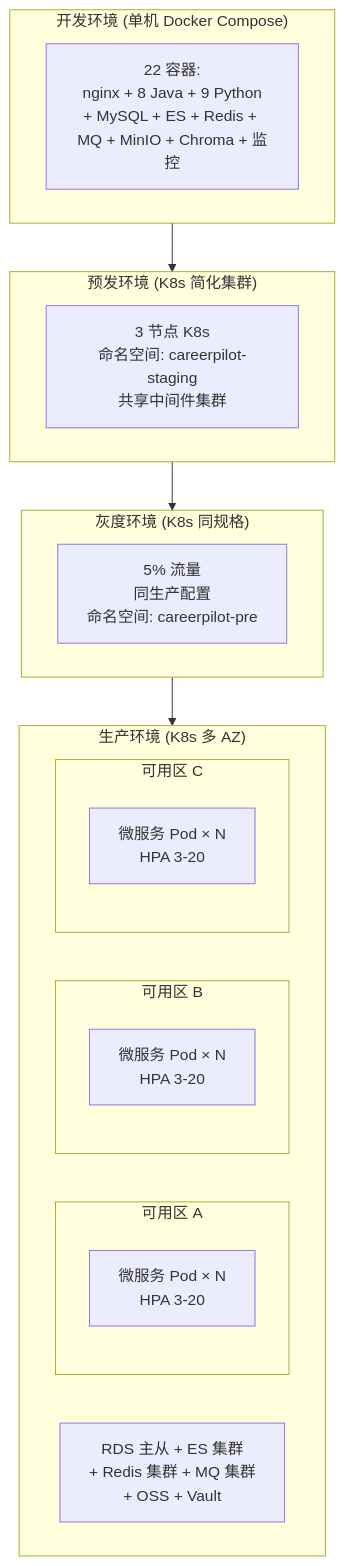
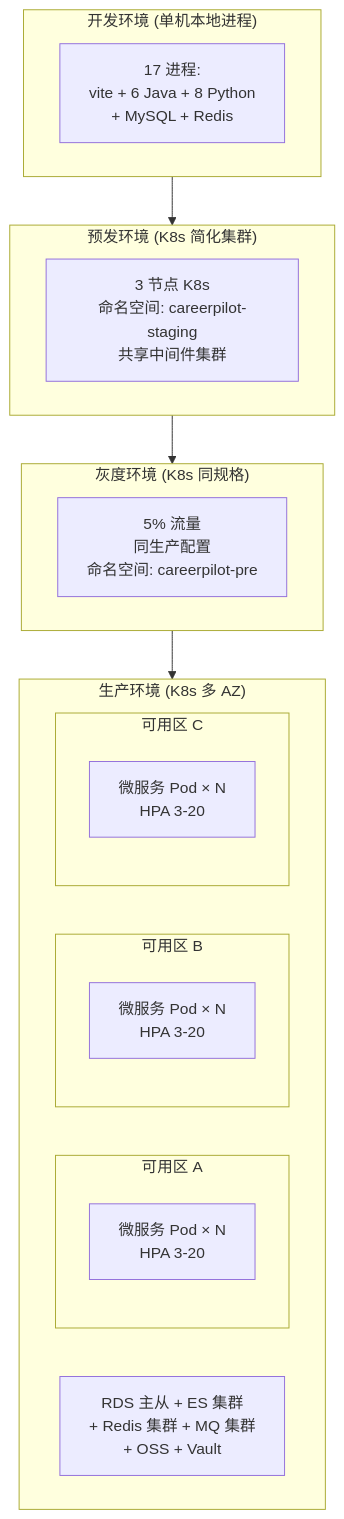
The seventh of 7 diagrams in project-description.md (CLOVER-FOUR-LEAF/CareerPilot), drawn with Mermaid before and after one commit. The commit also changed other lines of this file and 45 other files, not shown here.

````diff
--- a/project-description.md
+++ b/project-description.md
@@ -845,31 +845,31 @@
 ```mermaid
 graph TB
-    subgraph DEV["开发环境 (单机 Docker Compose)"]
-        DEV_STACK["22 容器:<br/>nginx + 8 Java + 9 Python<br/>+ MySQL + ES + Redis + MQ + MinIO + Chroma + 监控"]
+    subgraph DEV["开发环境 (单机本地进程)"]
+        DEV_STACK["17 进程:<br/>vite + 6 Java + 8 Python<br/>+ MySQL + Redis"]
     end
 
     subgraph STG["预发环境 (K8s 简化集群)"]
         STG_STACK["3 节点 K8s<br/>命名空间: careerpilot-staging<br/>共享中间件集群"]
     end
 
     subgraph PRE["灰度环境 (K8s 同规格)"]
         PRE_STACK["5% 流量<br/>同生产配置<br/>命名空间: careerpilot-pre"]
     end
 
     subgraph PROD["生产环境 (K8s 多 AZ)"]
         subgraph AZ1["可用区 A"]
             POD_A["微服务 Pod × N<br/>HPA 3-20"]
         end
         subgraph AZ2["可用区 B"]
             POD_B["微服务 Pod × N<br/>HPA 3-20"]
         end
         subgraph AZ3["可用区 C"]
             POD_C["微服务 Pod × N<br/>HPA 3-20"]
         end
         MIDDLEWARE["RDS 主从 + ES 集群<br/>+ Redis 集群 + MQ 集群<br/>+ OSS + Vault"]
     end
 
     DEV --> STG
     STG --> PRE
     PRE --> PROD
 ```
````
